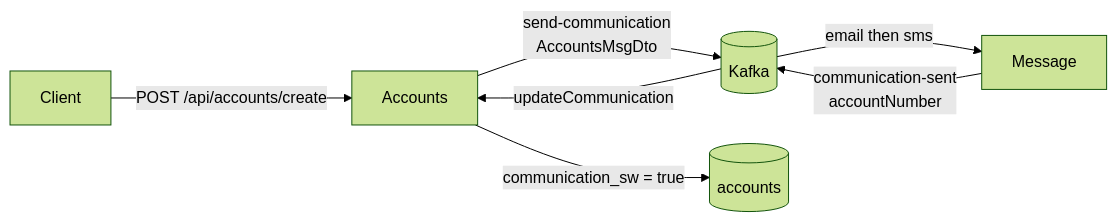
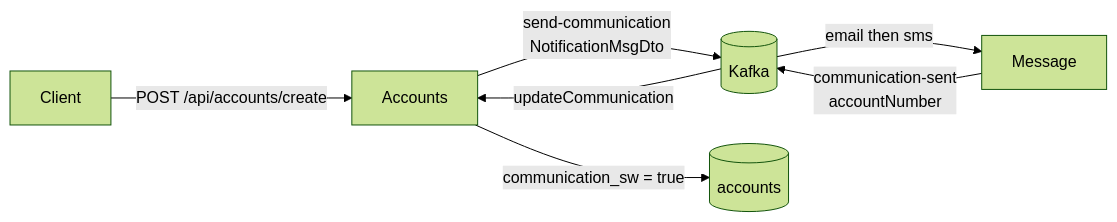
Before and after one commit to cham207388/master-ms-sb: the diagram in accounts/README.md, drawn with Mermaid (forest theme). The commit also changed other lines of this file and 56 other files, not shown here.

````diff
--- a/accounts/README.md
+++ b/accounts/README.md
@@ -28,9 +37,9 @@
 ```mermaid
 flowchart LR
   Client -->|POST /api/accounts/create| Accounts
-  Accounts -->|send-communication<br/>AccountsMsgDto| KFK[(Kafka)]
+  Accounts -->|send-communication<br/>NotificationMsgDto| KFK[(Kafka)]
   KFK -->|email then sms| Message
   Message -->|communication-sent<br/>accountNumber| KFK
   KFK -->|updateCommunication| Accounts
   Accounts -->|communication_sw = true| DB[(accounts)]
 ```
````
